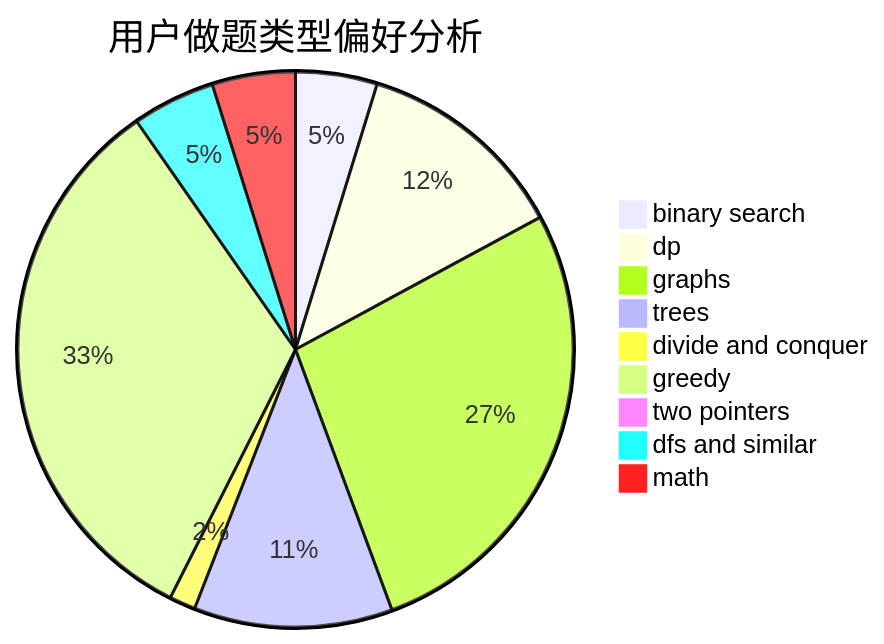
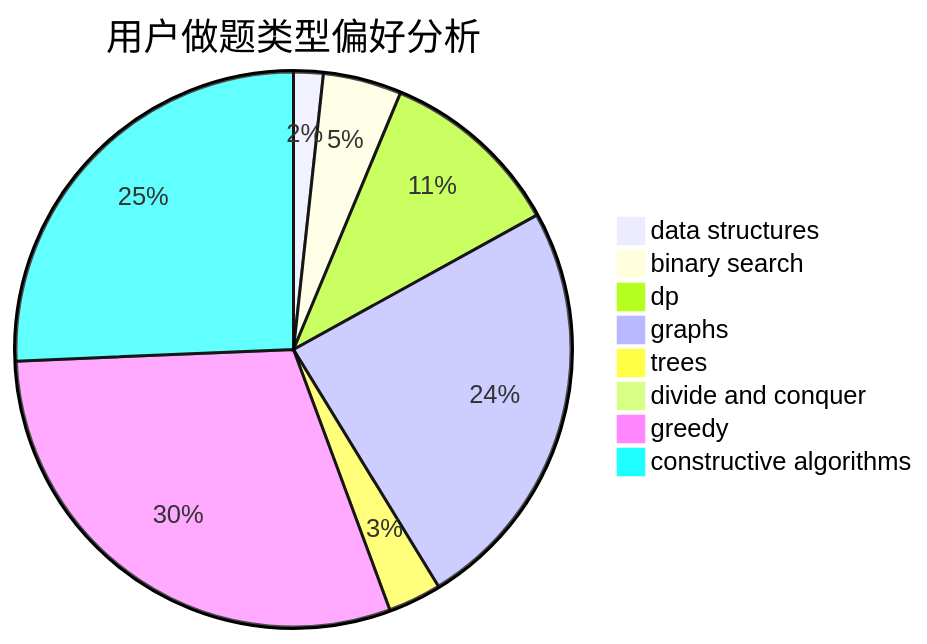
The second of 3 diagrams in docs/user/u2121.md (sherpahu/cfrs.github.io), drawn with Mermaid before and after one commit. The commit also changed other lines of this file and 2775 other files, not shown here.

````diff
--- a/docs/user/u2121.md
+++ b/docs/user/u2121.md
@@ -23,12 +23,11 @@
 ```mermaid
 pie title 用户做题类型偏好分析
+    "data structures" :  20
     "binary search" :  53
-    "dp" :  138
-    "graphs" :  304
-    "trees" :  129
-    "divide and conquer" :  17
-    "greedy" :  367
-    "two pointers" :  7
-    "dfs and similar" :  54
-    "math" :  54
+    "dp" :  124
+    "graphs" :  282
+    "trees" :  36
+    "divide and conquer" :  8
+    "greedy" :  348
+    "constructive algorithms" :  298
 ```
````
